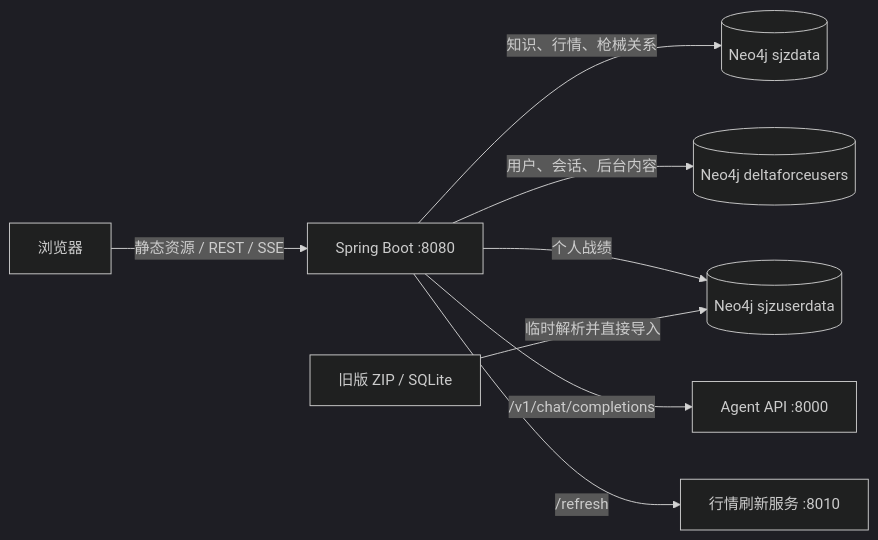
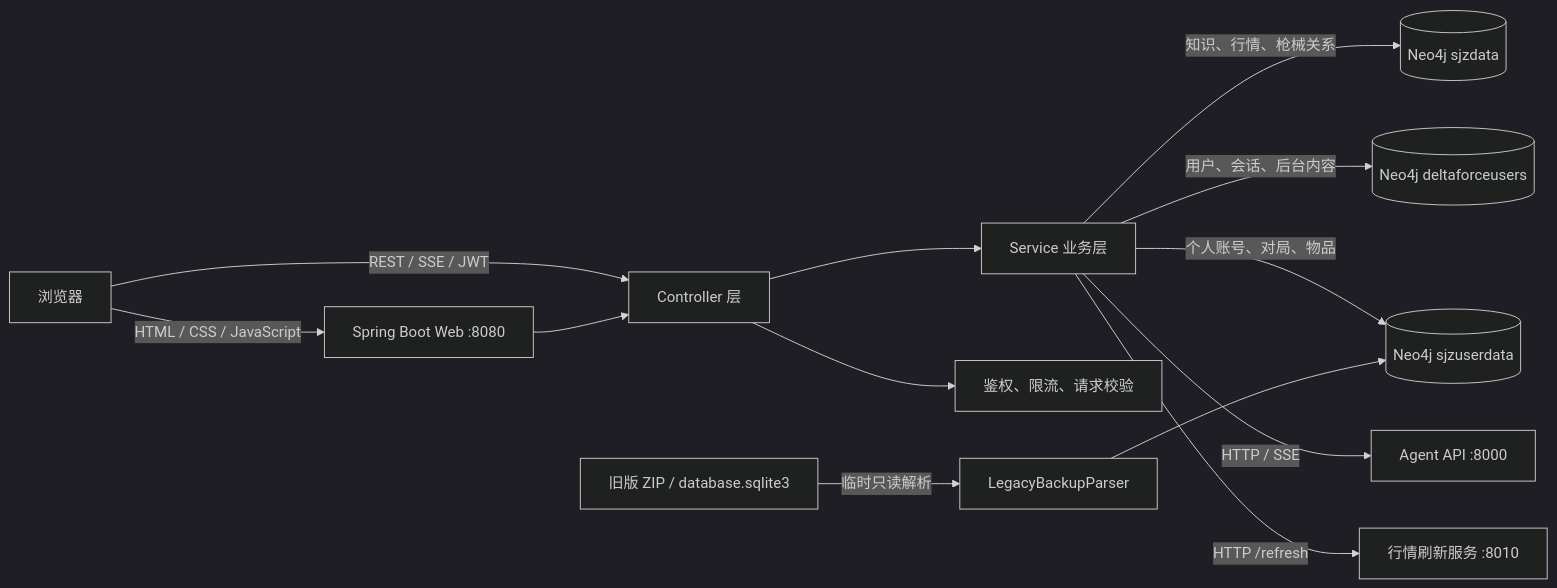
One commit to APOblank/DeltaForceAgentWeb changed the diagram in README.md. Above: the diagram before and after it, drawn with Mermaid (dark theme). The commit also changed other lines of this file and 6 other files, not shown here.

````diff
--- a/README.md
+++ b/README.md
@@ -34,10 +65,19 @@
 ```mermaid
 flowchart LR
-    Browser[浏览器] -->|静态资源 / REST / SSE| Web[Spring Boot :8080]
-    Web -->|知识、行情、枪械关系| Knowledge[(Neo4j sjzdata)]
-    Web -->|用户、会话、后台内容| Users[(Neo4j deltaforceusers)]
-    Web -->|个人战绩| Stats[(Neo4j sjzuserdata)]
-    Web -->|/v1/chat/completions| Agent[Agent API :8000]
-    Web -->|/refresh| Market[行情刷新服务 :8010]
-    Legacy[旧版 ZIP / SQLite] -->|临时解析并直接导入| Stats
+    Browser[浏览器] -->|HTML / CSS / JavaScript| Web[Spring Boot Web :8080]
+    Browser -->|REST / SSE / JWT| API[Controller 层]
+    Web --> API
+
+    API --> Services[Service 业务层]
+    API --> Security[鉴权、限流、请求校验]
+
+    Services -->|知识、行情、枪械关系| Knowledge[(Neo4j sjzdata)]
+    Services -->|用户、会话、后台内容| Users[(Neo4j deltaforceusers)]
+    Services -->|个人账号、对局、物品| Stats[(Neo4j sjzuserdata)]
+
+    Services -->|HTTP / SSE| Agent[Agent API :8000]
+    Services -->|HTTP /refresh| Realtime[行情刷新服务 :8010]
+
+    Legacy[旧版 ZIP / database.sqlite3] -->|临时只读解析| Parser[LegacyBackupParser]
+    Parser --> Stats
 ```
````
